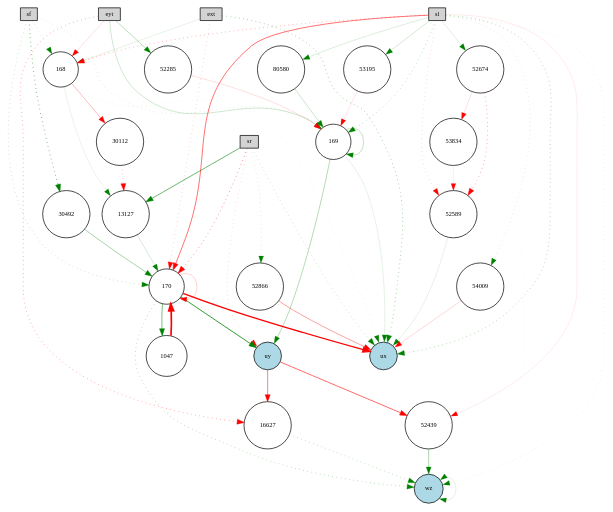
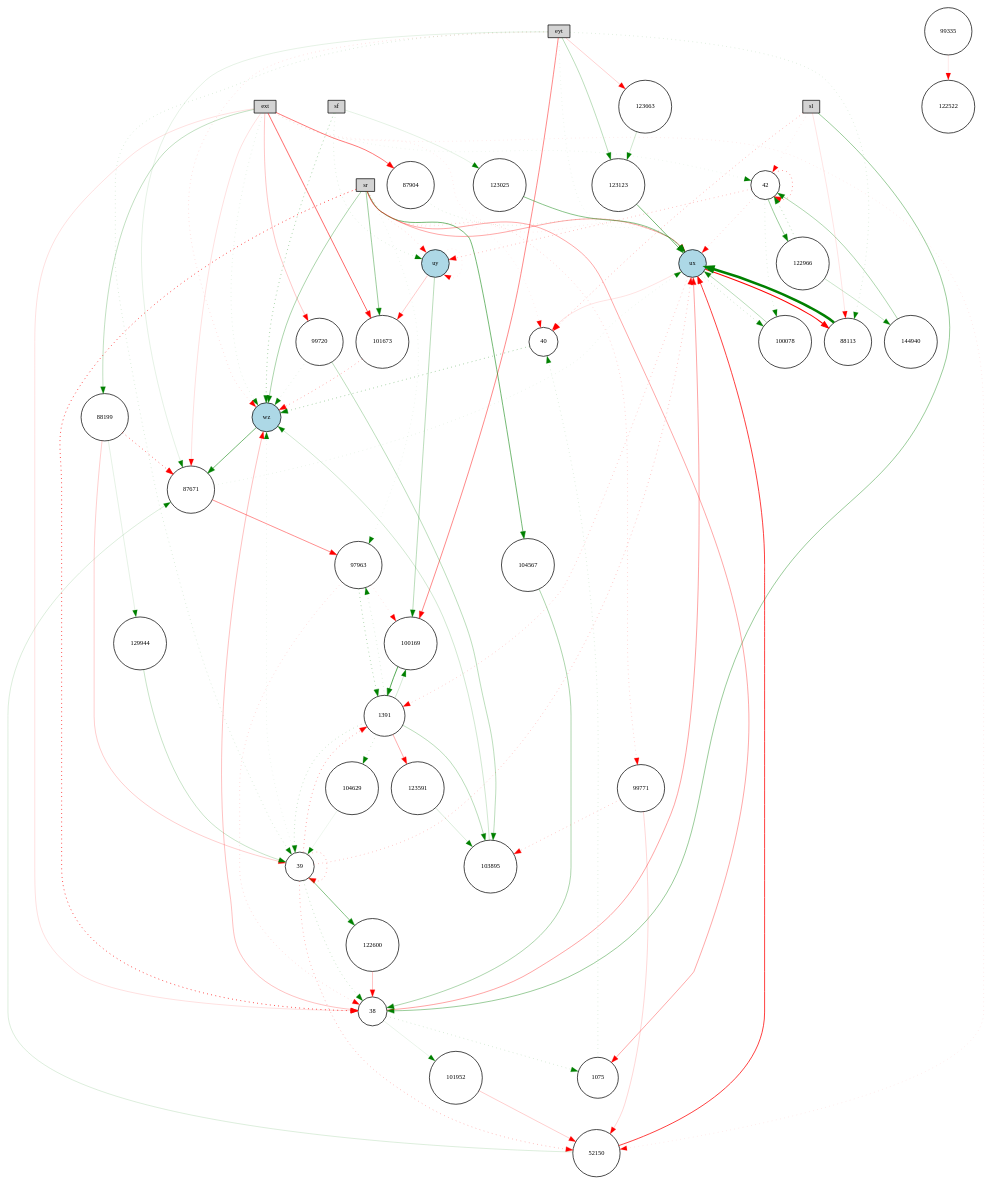
One commit to KaiL4eK/autopilot_simulator changed the diagram in pictures_ctrnn/winner-feedforward.gv. Above: the diagram before and after it, drawn with Graphviz. The commit also changed 9 other files, not shown here.

```diff
--- a/pictures_ctrnn/winner-feedforward.gv
+++ b/pictures_ctrnn/winner-feedforward.gv
@@ -1,85 +1,142 @@
 digraph {
 	node [fontsize=9 height=0.2 shape=circle width=0.2]
 	ext [fillcolor=lightgray shape=box style=filled]
 	eyt [fillcolor=lightgray shape=box style=filled]
 	sf [fillcolor=lightgray shape=box style=filled]
 	sl [fillcolor=lightgray shape=box style=filled]
 	sr [fillcolor=lightgray shape=box style=filled]
 	ux [fillcolor=lightblue style=filled]
 	uy [fillcolor=lightblue style=filled]
 	wz [fillcolor=lightblue style=filled]
-	52674 [fillcolor=white style=filled]
-	80580 [fillcolor=white style=filled]
-	30112 [fillcolor=white style=filled]
-	52866 [fillcolor=white style=filled]
-	13127 [fillcolor=white style=filled]
-	168 [fillcolor=white style=filled]
-	169 [fillcolor=white style=filled]
-	170 [fillcolor=white style=filled]
-	53195 [fillcolor=white style=filled]
-	53834 [fillcolor=white style=filled]
-	52589 [fillcolor=white style=filled]
-	16627 [fillcolor=white style=filled]
-	1047 [fillcolor=white style=filled]
-	52439 [fillcolor=white style=filled]
-	54009 [fillcolor=white style=filled]
-	30492 [fillcolor=white style=filled]
-	52285 [fillcolor=white style=filled]
-	170 -> 1047 [color=green penwidth=0.7145981346866594 style=solid]
-	53195 -> 169 [color=red penwidth=0.14504683992402756 style=solid]
-	ext -> ux [color=green penwidth=0.6834138865443691 style=dotted]
-	sl -> 53195 [color=green penwidth=0.2517259319210612 style=solid]
-	uy -> 52439 [color=red penwidth=0.8331114174282936 style=solid]
-	169 -> wz [color=green penwidth=0.11441221613220082 style=dotted]
-	sf -> 169 [color=green penwidth=0.2269270364856367 style=dotted]
-	168 -> 30112 [color=red penwidth=0.38392958809110633 style=solid]
-	ext -> 168 [color=green penwidth=0.15190678737240343 style=solid]
-	sl -> 168 [color=red penwidth=0.5404047415192623 style=dotted]
-	sl -> wz [color=green penwidth=0.1859557308408364 style=dotted]
-	52674 -> 52589 [color=red penwidth=0.6257733567712889 style=dotted]
-	30112 -> 13127 [color=red penwidth=0.4669794096021138 style=dotted]
-	170 -> wz [color=green penwidth=0.5236157428609866 style=dotted]
-	sl -> 80580 [color=green penwidth=0.20639842138619569 style=solid]
-	169 -> uy [color=green penwidth=0.4057525325241338 style=solid]
-	sf -> 168 [color=green penwidth=0.22920822523037063 style=dotted]
-	30492 -> 170 [color=green penwidth=0.48681991962125537 style=solid]
-	eyt -> 169 [color=green penwidth=0.2662029791179693 style=solid]
-	168 -> ux [color=green penwidth=0.14817025570592868 style=dotted]
-	sl -> 169 [color=green penwidth=0.4715108130890544 style=dotted]
-	sr -> 170 [color=red penwidth=0.8056399009007601 style=dotted]
-	16627 -> wz [color=green penwidth=0.4970469186931733 style=dotted]
-	168 -> 13127 [color=green penwidth=0.1336111995489473 style=solid]
-	wz -> wz [color=green penwidth=0.152315829596191 style=solid]
-	sl -> 54009 [color=green penwidth=0.24305646060040215 style=dotted]
-	ext -> 170 [color=red penwidth=0.33604733779681395 style=dotted]
-	sr -> ux [color=green penwidth=0.3579566629879958 style=dotted]
-	169 -> ux [color=green penwidth=0.16371304496015388 style=solid]
-	80580 -> 169 [color=green penwidth=0.2958640504715052 style=solid]
-	52285 -> 169 [color=red penwidth=0.19299735247477257 style=solid]
-	sl -> 52439 [color=red penwidth=0.1210053682089184 style=solid]
-	eyt -> 52285 [color=green penwidth=0.3820418155488221 style=solid]
-	eyt -> 168 [color=red penwidth=0.18542220261951056 style=solid]
-	sl -> 52674 [color=green penwidth=0.17937725107116442 style=solid]
-	sr -> uy [color=red penwidth=0.2569773892003655 style=dotted]
-	13127 -> 170 [color=green penwidth=0.2347513211827624 style=solid]
-	sl -> ux [color=green penwidth=0.5513885002920367 style=dotted]
-	170 -> ux [color=red penwidth=1.9080392658407037 style=solid]
-	52674 -> 53834 [color=red penwidth=0.1731233179903794 style=solid]
-	52589 -> ux [color=green penwidth=0.14679969100248275 style=solid]
-	sf -> 30492 [color=green penwidth=0.9246671405699575 style=dotted]
-	1047 -> 170 [color=red penwidth=2.3769095263552984 style=solid]
-	170 -> 170 [color=red penwidth=0.2496844165292765 style=solid]
-	53834 -> 52589 [color=red penwidth=0.10045936927419684 style=solid]
-	sf -> 170 [color=green penwidth=0.3845764352582278 style=dotted]
-	54009 -> ux [color=red penwidth=0.23075042698165912 style=solid]
-	52439 -> wz [color=green penwidth=0.4633282252874912 style=solid]
-	sr -> 13127 [color=green penwidth=0.811787767679851 style=solid]
-	52866 -> ux [color=red penwidth=0.5255063107287522 style=solid]
-	uy -> 16627 [color=red penwidth=0.7093262036446492 style=solid]
-	170 -> uy [color=green penwidth=1.1317781374607336 style=solid]
-	169 -> 169 [color=green penwidth=0.3310446473503066 style=solid]
-	sl -> 52589 [color=red penwidth=0.28483300176461895 style=dotted]
-	sr -> 52866 [color=green penwidth=0.2407269043373774 style=dotted]
-	eyt -> 16627 [color=red penwidth=0.6135474696762571 style=dotted]
-	sl -> 170 [color=red penwidth=0.7852643516113914 style=solid]
+	99335 [fillcolor=white style=filled]
+	99720 [fillcolor=white style=filled]
+	88199 [fillcolor=white style=filled]
+	123663 [fillcolor=white style=filled]
+	123025 [fillcolor=white style=filled]
+	104567 [fillcolor=white style=filled]
+	129944 [fillcolor=white style=filled]
+	122522 [fillcolor=white style=filled]
+	38 [fillcolor=white style=filled]
+	39 [fillcolor=white style=filled]
+	40 [fillcolor=white style=filled]
+	101673 [fillcolor=white style=filled]
+	42 [fillcolor=white style=filled]
+	97963 [fillcolor=white style=filled]
+	144940 [fillcolor=white style=filled]
+	88113 [fillcolor=white style=filled]
+	1075 [fillcolor=white style=filled]
+	104629 [fillcolor=white style=filled]
+	52150 [fillcolor=white style=filled]
+	99771 [fillcolor=white style=filled]
+	101952 [fillcolor=white style=filled]
+	123591 [fillcolor=white style=filled]
+	100169 [fillcolor=white style=filled]
+	122966 [fillcolor=white style=filled]
+	103895 [fillcolor=white style=filled]
+	87904 [fillcolor=white style=filled]
+	122600 [fillcolor=white style=filled]
+	100078 [fillcolor=white style=filled]
+	1391 [fillcolor=white style=filled]
+	123123 [fillcolor=white style=filled]
+	87671 [fillcolor=white style=filled]
+	1075 -> 40 [color=green penwidth=0.24044600851818987 style=dotted]
+	sr -> 104567 [color=green penwidth=0.7717210104673629 style=solid]
+	eyt -> ux [color=green penwidth=0.13553374076851485 style=dotted]
+	101673 -> wz [color=red penwidth=0.6144492174675998 style=dotted]
+	sr -> 38 [color=red penwidth=1.321724380338752 style=dotted]
+	99771 -> 52150 [color=red penwidth=0.22970958732638985 style=solid]
+	ext -> ux [color=red penwidth=0.16322871316086524 style=dotted]
+	99771 -> 103895 [color=red penwidth=0.4031289105811615 style=dotted]
+	87904 -> ux [color=green penwidth=0.22596705659536603 style=dotted]
+	39 -> 1391 [color=red penwidth=0.6304108127292275 style=dotted]
+	ux -> 100078 [color=green penwidth=0.4046525378020711 style=dotted]
+	ext -> 101673 [color=red penwidth=0.8388821186139572 style=solid]
+	42 -> 100078 [color=green penwidth=0.22282519553443705 style=dotted]
+	144940 -> 42 [color=green penwidth=0.4485725549675602 style=solid]
+	ux -> 40 [color=red penwidth=0.174681742240173 style=solid]
+	sl -> 38 [color=green penwidth=0.5550042641630666 style=solid]
+	52150 -> 87671 [color=green penwidth=0.20221993370257307 style=solid]
+	ux -> 1391 [color=red penwidth=0.36412147544689055 style=dotted]
+	100169 -> 1391 [color=green penwidth=0.9517416491774303 style=solid]
+	122966 -> 144940 [color=green penwidth=0.30000000000000004 style=solid]
+	39 -> 39 [color=red penwidth=0.540045907486809 style=dotted]
+	sf -> uy [color=green penwidth=0.22187457656992404 style=dotted]
+	ext -> 42 [color=green penwidth=0.1294774630770714 style=dotted]
+	87671 -> ux [color=green penwidth=0.16199344779278696 style=dotted]
+	123663 -> 123123 [color=green penwidth=0.2849984076507636 style=solid]
+	42 -> ux [color=red penwidth=0.3321111493699241 style=dotted]
+	ext -> 52150 [color=red penwidth=0.16266794726881473 style=dotted]
+	ext -> 88199 [color=green penwidth=0.3546953112762572 style=solid]
+	sr -> 99771 [color=red penwidth=0.3010500251383399 style=dotted]
+	101952 -> 52150 [color=red penwidth=0.28246832296476754 style=solid]
+	40 -> wz [color=green penwidth=0.648015660798837 style=dotted]
+	99335 -> 122522 [color=red penwidth=0.13215499710706685 style=solid]
+	42 -> 42 [color=red penwidth=0.7229889902104354 style=dotted]
+	ext -> 99720 [color=red penwidth=0.3241882931891629 style=solid]
+	uy -> uy [color=red penwidth=0.12566602598035473 style=dotted]
+	eyt -> 88113 [color=green penwidth=0.2374392608047414 style=dotted]
+	100078 -> ux [color=green penwidth=0.40474729988334457 style=solid]
+	87671 -> 97963 [color=red penwidth=0.6328104590556239 style=solid]
+	sr -> 40 [color=red penwidth=0.13067463841793556 style=dotted]
+	104567 -> 38 [color=green penwidth=0.4622581687078804 style=solid]
+	104629 -> 39 [color=green penwidth=0.10442930448756665 style=solid]
+	eyt -> 39 [color=green penwidth=0.255123795762103 style=dotted]
+	39 -> 38 [color=green penwidth=0.393153071737088 style=dotted]
+	sr -> 97963 [color=green penwidth=0.12757692619561817 style=dotted]
+	39 -> ux [color=red penwidth=0.4170072636585187 style=dotted]
+	ext -> 87671 [color=red penwidth=0.18456307838188757 style=solid]
+	88113 -> ux [color=green penwidth=3.6357814917528275 style=solid]
+	sl -> 40 [color=red penwidth=0.5226338184483531 style=dotted]
+	ux -> 88113 [color=red penwidth=1.482181732365385 style=solid]
+	uy -> 100169 [color=green penwidth=0.3933218143265802 style=solid]
+	1391 -> 100169 [color=green penwidth=0.23716773853701312 style=solid]
+	39 -> 52150 [color=red penwidth=0.4966003362320879 style=dotted]
+	42 -> 122966 [color=green penwidth=0.557237028627269 style=solid]
+	1391 -> 103895 [color=green penwidth=0.39079966733627836 style=solid]
+	38 -> 1075 [color=green penwidth=0.2983627904015262 style=dotted]
+	sf -> 123025 [color=green penwidth=0.16297065638035568 style=solid]
+	122966 -> 42 [color=green penwidth=0.510756598062718 style=dotted]
+	99720 -> 103895 [color=green penwidth=0.37545616759528055 style=solid]
+	97963 -> 100169 [color=red penwidth=0.19378821219840642 style=dotted]
+	88199 -> 129944 [color=green penwidth=0.1473796281235107 style=solid]
+	38 -> 101952 [color=green penwidth=0.1311404821215364 style=solid]
+	1391 -> 97963 [color=green penwidth=0.23793592944689984 style=dotted]
+	sf -> wz [color=green penwidth=0.6383808403876297 style=dotted]
+	uy -> 101673 [color=red penwidth=0.30219888383135796 style=solid]
+	97963 -> 1391 [color=green penwidth=0.5696342004756039 style=dotted]
+	123591 -> 103895 [color=green penwidth=0.22294838299136288 style=solid]
+	39 -> wz [color=green penwidth=0.12796268960056986 style=dotted]
+	sr -> ux [color=red penwidth=0.49074049889708005 style=solid]
+	38 -> wz [color=red penwidth=0.34523212229269196 style=solid]
+	eyt -> wz [color=red penwidth=0.22669014170225218 style=dotted]
+	eyt -> 123663 [color=red penwidth=0.25645910958722423 style=solid]
+	99720 -> wz [color=green penwidth=0.19122894447965416 style=dotted]
+	129944 -> 39 [color=green penwidth=0.305934131301533 style=solid]
+	sl -> 42 [color=red penwidth=0.1430091807529042 style=dotted]
+	eyt -> 100169 [color=red penwidth=0.6607360317547499 style=solid]
+	ext -> wz [color=green penwidth=0.18072185402865387 style=dotted]
+	sr -> 1075 [color=red penwidth=0.48899658329266593 style=solid]
+	wz -> 87671 [color=green penwidth=0.7682756701757961 style=solid]
+	123123 -> ux [color=green penwidth=0.7644154534911697 style=solid]
+	sr -> uy [color=red penwidth=0.24681490043072626 style=dotted]
+	1391 -> 39 [color=green penwidth=0.37558317071172365 style=dotted]
+	38 -> ux [color=red penwidth=0.5145245069980052 style=solid]
+	sr -> 101673 [color=green penwidth=0.5492707798151254 style=solid]
+	88199 -> 87671 [color=red penwidth=1.0488022830534098 style=dotted]
+	ext -> 38 [color=red penwidth=0.1795554595922914 style=solid]
+	sl -> 88113 [color=red penwidth=0.16374334070069196 style=solid]
+	ext -> 87904 [color=red penwidth=0.7457702623932598 style=solid]
+	39 -> 122600 [color=green penwidth=0.6849033708078032 style=solid]
+	123025 -> ux [color=green penwidth=0.6608814197216366 style=solid]
+	1391 -> 104629 [color=green penwidth=0.32214034663593766 style=dotted]
+	eyt -> 87671 [color=green penwidth=0.15293723514723911 style=solid]
+	103895 -> wz [color=green penwidth=0.2585474581897363 style=solid]
+	52150 -> ux [color=red penwidth=1.0586825168690934 style=solid]
+	1391 -> 123591 [color=red penwidth=0.45567743686176176 style=solid]
+	42 -> uy [color=red penwidth=0.4453859155257418 style=dotted]
+	88199 -> 39 [color=red penwidth=0.28023426535572304 style=solid]
+	eyt -> 123123 [color=green penwidth=0.38300154176168455 style=solid]
+	122600 -> 38 [color=red penwidth=0.33737354841878864 style=solid]
+	sr -> wz [color=green penwidth=0.46865999578104867 style=solid]
+	97963 -> 38 [color=red penwidth=0.2616643372884478 style=dotted]
 }
```
